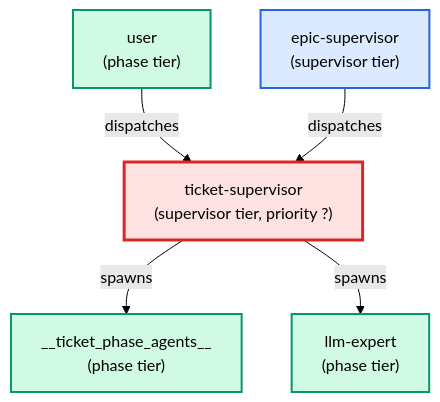
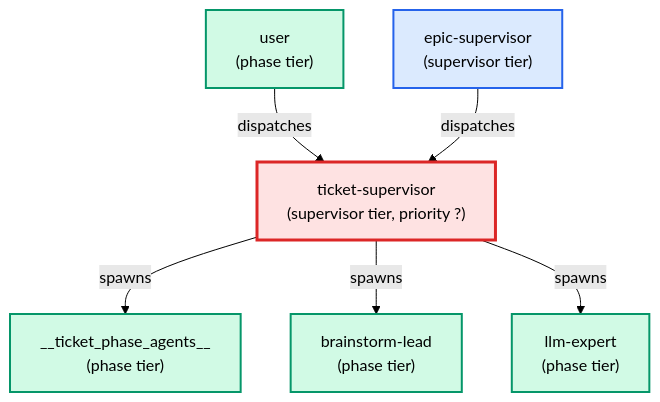
One commit to urlmonitor/leafcutter-ai changed the diagram in docs/agents/cards/ticket-supervisor.card.md. Above: the diagram before and after it, drawn with Mermaid (forest theme). The commit also changed other lines of this file and 52 other files, not shown here.

````diff
--- a/docs/agents/cards/ticket-supervisor.card.md
+++ b/docs/agents/cards/ticket-supervisor.card.md
@@ -39,18 +45,20 @@
 ```mermaid
 flowchart TD
     classDef supervisor fill:#dbeafe,stroke:#2563eb,stroke-width:2px
     classDef phase fill:#d1fae5,stroke:#059669,stroke-width:2px
     classDef utility fill:#f3f4f6,stroke:#4b5563,stroke-width:2px
     classDef target fill:#fee2e2,stroke:#dc2626,stroke-width:3px
 
     user["user\n(phase tier)"]:::phase
     epic_supervisor["epic-supervisor\n(supervisor tier)"]:::supervisor
     ticket_supervisor["ticket-supervisor\n(supervisor tier, priority ?)"]:::target
     __ticket_phase_agents__["__ticket_phase_agents__\n(phase tier)"]:::phase
+    brainstorm_lead["brainstorm-lead\n(phase tier)"]:::phase
     llm_expert["llm-expert\n(phase tier)"]:::phase
 
     user -->|dispatches| ticket_supervisor
     epic_supervisor -->|dispatches| ticket_supervisor
     ticket_supervisor -->|spawns| __ticket_phase_agents__
+    ticket_supervisor -->|spawns| brainstorm_lead
     ticket_supervisor -->|spawns| llm_expert
 ```
````
